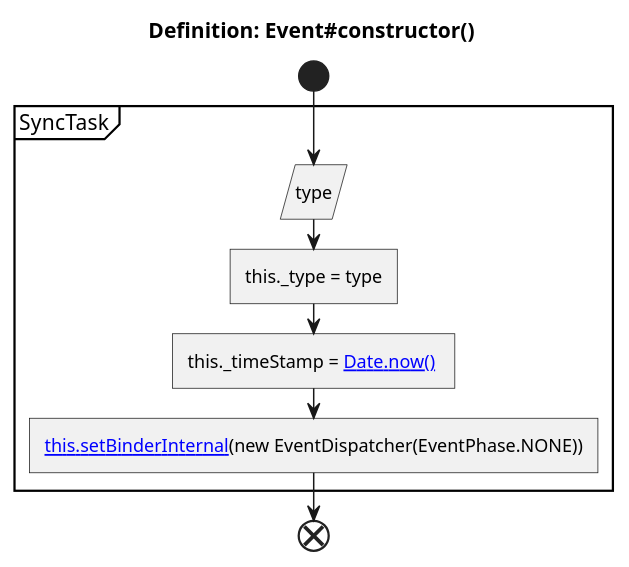
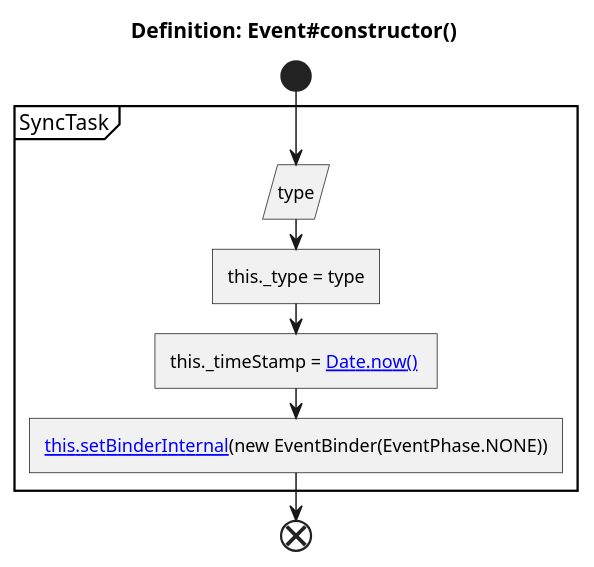
Before and after one commit to imazzine/imazzine.github.io: diagram 19 of 50 in _uml/puml/EventTargetAPI.puml, drawn with PlantUML. The commit also changed other lines of this file and 174 other files, not shown here.

```diff
--- a/_uml/puml/EventTargetAPI.puml
+++ b/_uml/puml/EventTargetAPI.puml
@@ -342,12 +471,12 @@
 @startuml Definition_Event.constructor
     title Definition: Event#constructor()
 
     start
         partition SyncTask {
             :type/
             :this._type = type]
             :this._timeStamp = [[https://developer.mozilla.org/en-US/docs/Web/JavaScript/Reference/Global_Objects/Date/now Date.now()]] ]
-            :[[./Definition_Event.setBinderInternal.svg this.setBinderInternal]](new EventDispatcher(EventPhase.NONE))]
+            :[[./Definition_Event.setBinderInternal.svg this.setBinderInternal]](new EventBinder(EventPhase.NONE))]
         }
     end
 @enduml
```
